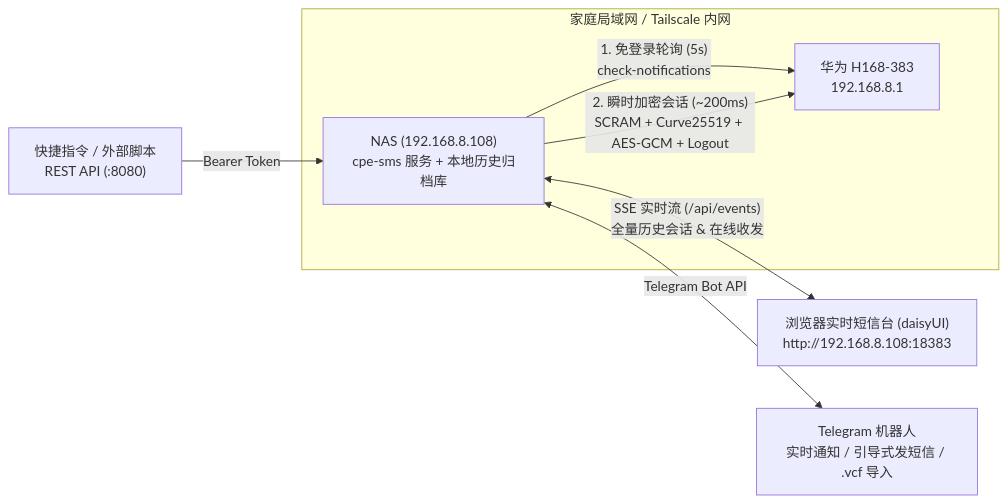
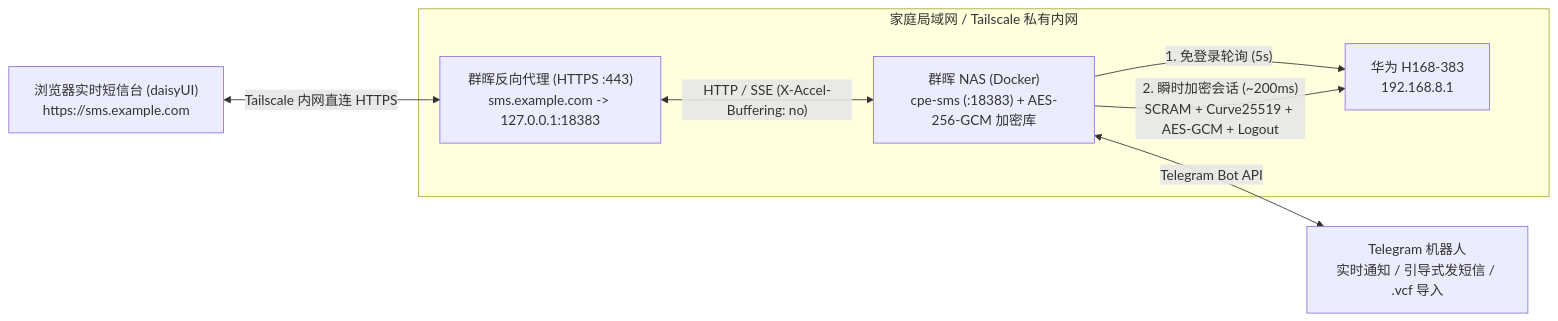
The diagram in README.md (cky008/cpe-sms), drawn with Mermaid before and after one commit. The commit also changed other lines of this file and 1 other file, not shown here.

````diff
--- a/README.md
+++ b/README.md
@@ -30,17 +29,17 @@
 ```mermaid
 flowchart LR
-    subgraph LAN["家庭局域网 / Tailscale 内网"]
+    subgraph LAN["家庭局域网 / Tailscale 私有内网"]
         CPE["华为 H168-383<br/>192.168.8.1"]
-        NAS["NAS (192.168.8.108)<br/>cpe-sms 服务 + 本地历史归档库"]
+        NAS["群晖 NAS (Docker)<br/>cpe-sms (:18383) + AES-256-GCM 加密库"]
+        RP["群晖反向代理 (HTTPS :443)<br/>sms.example.com -> 127.0.0.1:18383"]
     end
 
-    WEB["浏览器实时短信台 (daisyUI)<br/>http://192.168.8.108:18383"]
+    WEB["浏览器实时短信台 (daisyUI)<br/>https://sms.example.com"]
     TG["Telegram 机器人<br/>实时通知 / 引导式发短信 / .vcf 导入"]
-    API["快捷指令 / 外部脚本<br/>REST API (:8080)"]
 
-    NAS -- "1. 免登录轮询 (5s)<br/>check-notifications" --> CPE
+    NAS -- "1. 免登录轮询 (5s)" --> CPE
     NAS -- "2. 瞬时加密会话 (~200ms)<br/>SCRAM + Curve25519 + AES-GCM + Logout" --> CPE
-    NAS <-- "SSE 实时流 (/api/events)<br/>全量历史会话 & 在线收发" --> WEB
+    RP <-- "HTTP / SSE (X-Accel-Buffering: no)" --> NAS
+    WEB <-- "Tailscale 内网直连 HTTPS" --> RP
     NAS <-- "Telegram Bot API" --> TG
-    API -- "Bearer Token" --> NAS
 ```
````
